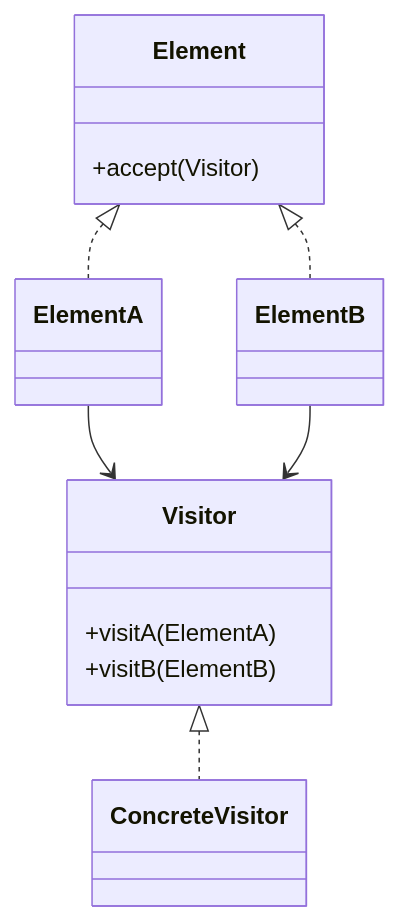
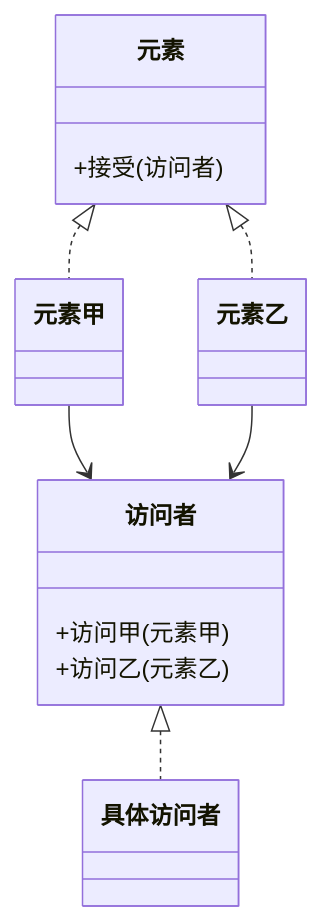
One commit to xlb3055/newBlog changed the diagram in src/设计模式/行为模式/访问者模式.md. Above: the diagram before and after it, drawn with Mermaid. The commit also changed other lines of this file and 17 other files, not shown here.

````diff
--- a/src/设计模式/行为模式/访问者模式.md
+++ b/src/设计模式/行为模式/访问者模式.md
@@ -32,19 +32,19 @@
 ```mermaid
 classDiagram
-    class Visitor {
-      +visitA(ElementA)
-      +visitB(ElementB)
+    class 访问者 {
+      +访问甲(元素甲)
+      +访问乙(元素乙)
     }
-    class ConcreteVisitor
-    class Element {
-      +accept(Visitor)
+    class 具体访问者
+    class 元素 {
+      +接受(访问者)
     }
-    class ElementA
-    class ElementB
+    class 元素甲
+    class 元素乙
 
-    Visitor <|.. ConcreteVisitor
-    Element <|.. ElementA
-    Element <|.. ElementB
-    ElementA --> Visitor
-    ElementB --> Visitor
+    访问者 <|.. 具体访问者
+    元素 <|.. 元素甲
+    元素 <|.. 元素乙
+    元素甲 --> 访问者
+    元素乙 --> 访问者
 ```
````
